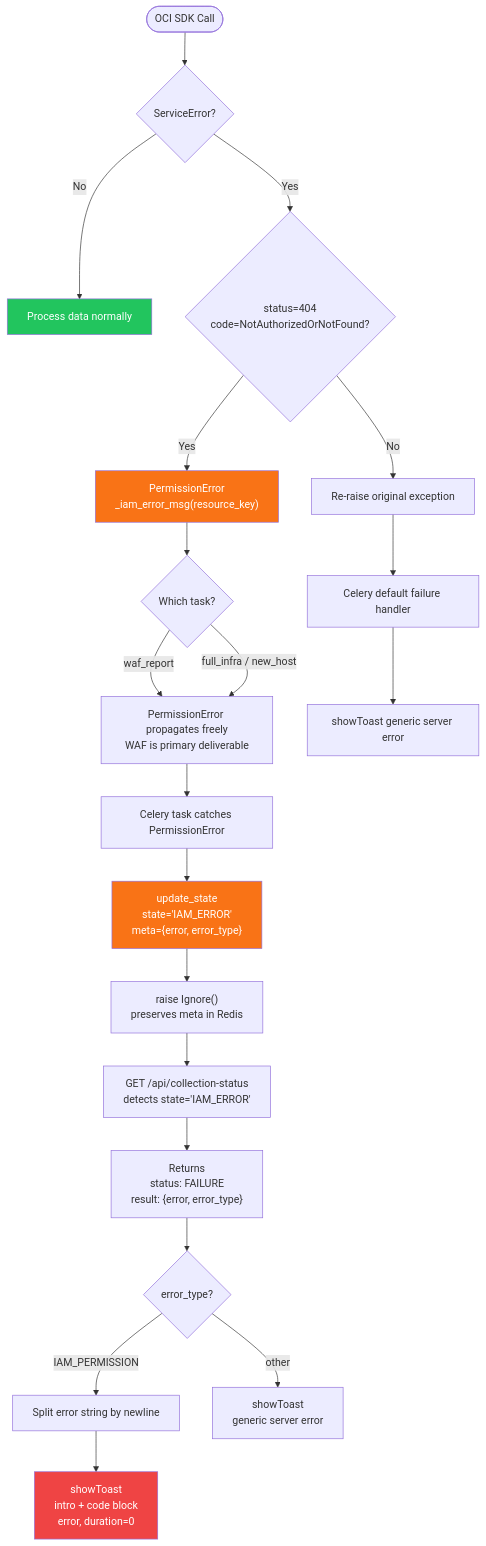
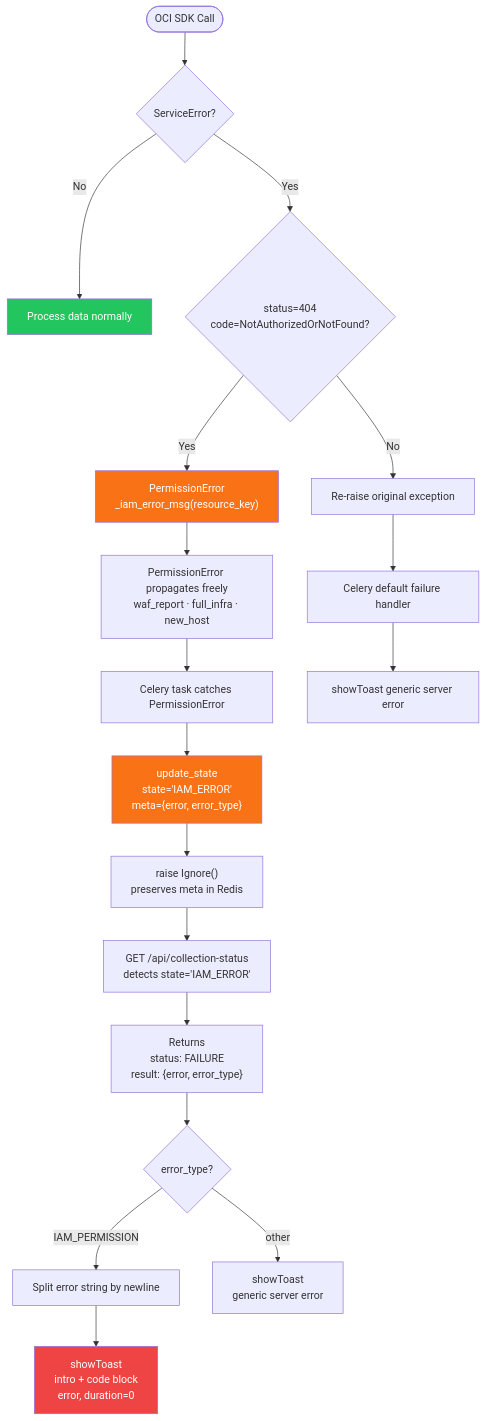
One commit to Pedr0Teixeira/oci-docgen changed the ninth of 9 diagrams in README.md. Above: the diagram before and after it, drawn with Mermaid. The commit also changed other lines of this file and 3 other files, not shown here.

````diff
--- a/README.md
+++ b/README.md
@@ -1297,37 +1296,34 @@
 ```mermaid
 flowchart TD
     A([OCI SDK Call]) --> B{ServiceError?}
 
     B -- "No" --> C[Process data normally]
     B -- "Yes" --> D{"status=404<br/>code=NotAuthorizedOrNotFound?"}
 
     D -- "No" --> E[Re-raise original exception]
     D -- "Yes" --> F["PermissionError<br/>_iam_error_msg(resource_key)"]
 
-    F --> G{Which task?}
-
-    G -- "waf_report" --> H["PermissionError propagates freely<br/>WAF is primary deliverable"]
-    G -- "full_infra / new_host" --> H
+    F --> H["PermissionError propagates freely<br/>waf_report · full_infra · new_host"]
 
     H --> K["Celery task catches PermissionError"]
     K --> L["update_state<br/>state='IAM_ERROR'<br/>meta={error, error_type}"]
     L --> M["raise Ignore()<br/>preserves meta in Redis"]
 
     M --> N["GET /api/collection-status<br/>detects state='IAM_ERROR'"]
     N --> O["Returns<br/>status: FAILURE<br/>result: {error, error_type}"]
 
     O --> P{error_type?}
 
     P -- "IAM_PERMISSION" --> Q["Split error string by newline"]
     Q --> R["showToast<br/>intro + code block<br/>error, duration=0"]
 
     P -- "other" --> S["showToast<br/>generic server error"]
 
     E --> T["Celery default failure handler"]
     T --> U["showToast generic server error"]
 
     style F fill:#f97316,color:#fff
     style L fill:#f97316,color:#fff
     style R fill:#ef4444,color:#fff
     style C fill:#22c55e,color:#fff
 ```
````
